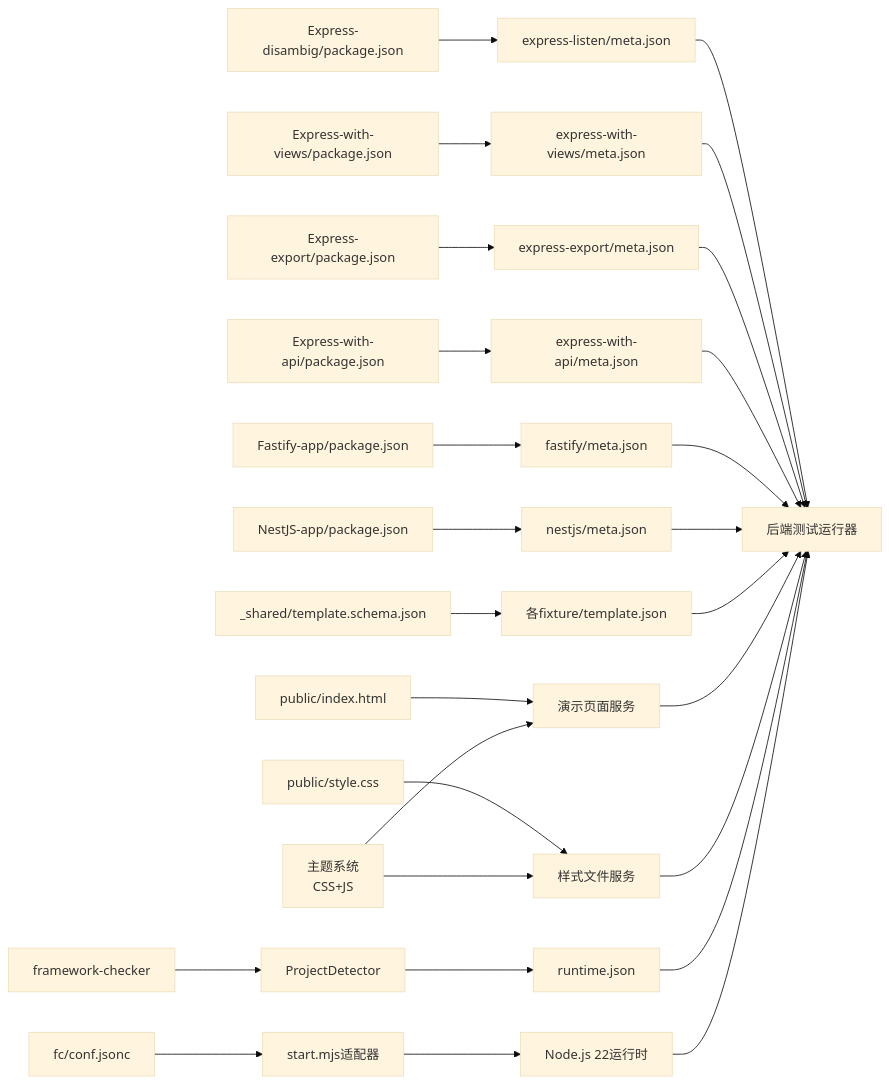
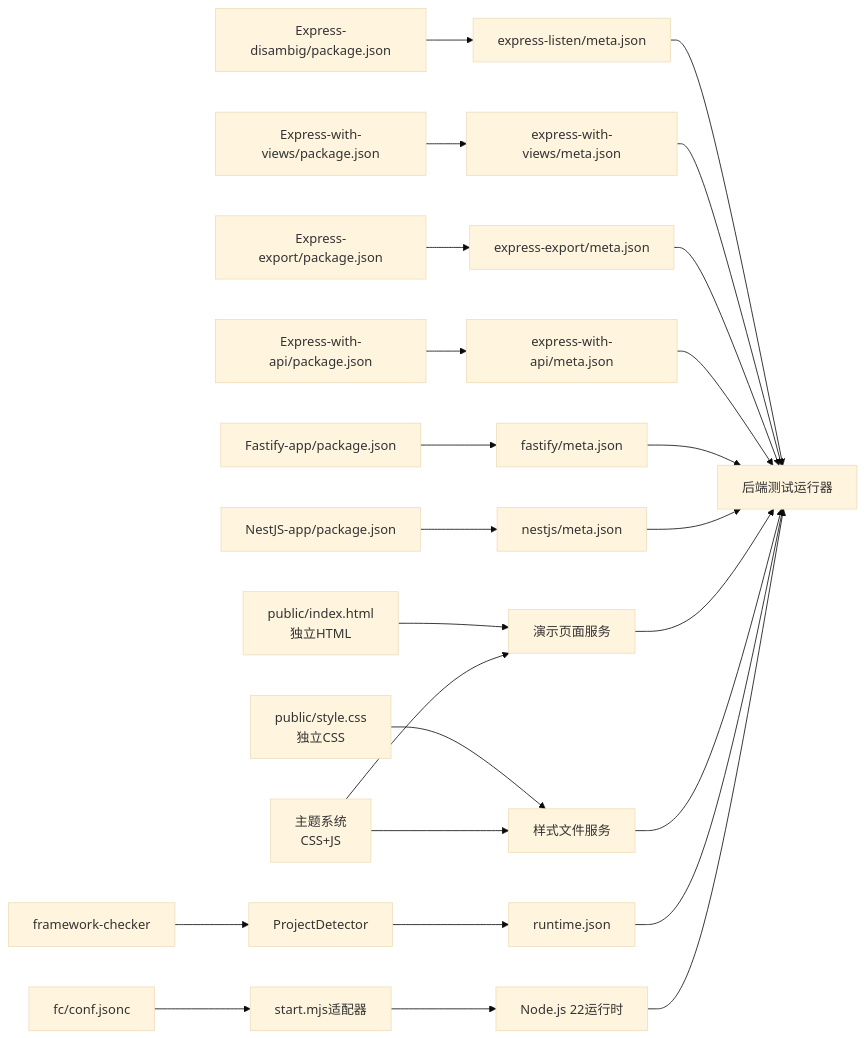
The ninth of 9 diagrams in .qoder/repowiki/zh/content/后端框架测试/后端框架测试.md (esa-sp/test-for-aone-ci), drawn with Mermaid (base theme) before and after one commit. The commit also changed other lines of this file and 5 other files, not shown here.

````diff
--- a/.qoder/repowiki/zh/content/后端框架测试/后端框架测试.md
+++ b/.qoder/repowiki/zh/content/后端框架测试/后端框架测试.md
@@ -660,29 +565,27 @@
 ```mermaid
 graph LR
 P1["Express-disambig/package.json"] --> F1["express-listen/meta.json"]
 P2["Express-with-views/package.json"] --> F2["express-with-views/meta.json"]
 P3["Express-export/package.json"] --> F3["express-export/meta.json"]
 P4["Express-with-api/package.json"] --> F4["express-with-api/meta.json"]
 P5["Fastify-app/package.json"] --> F5["fastify/meta.json"]
 P6["NestJS-app/package.json"] --> F6["nestjs/meta.json"]
-T1["_shared/template.schema.json"] --> T2["各fixture/template.json"]
-S1["public/index.html"] --> S2["演示页面服务"]
-S3["public/style.css"] --> S4["样式文件服务"]
+S1["public/index.html<br/>独立HTML"] --> S2["演示页面服务"]
+S3["public/style.css<br/>独立CSS"] --> S4["样式文件服务"]
 TH["主题系统<br/>CSS+JS"] --> S2
 TH --> S4
 FC["framework-checker"] --> RD["ProjectDetector"]
 RD --> RT["runtime.json"]
 FCF["fc/conf.jsonc"] --> FCA["start.mjs适配器"]
 FCA --> RN["Node.js 22运行时"]
 F1 --> R["后端测试运行器"]
 F2 --> R
 F3 --> R
 F4 --> R
 F5 --> R
 F6 --> R
-T2 --> R
 S2 --> R
 S4 --> R
 RT --> R
 RN --> R
 ```
````
